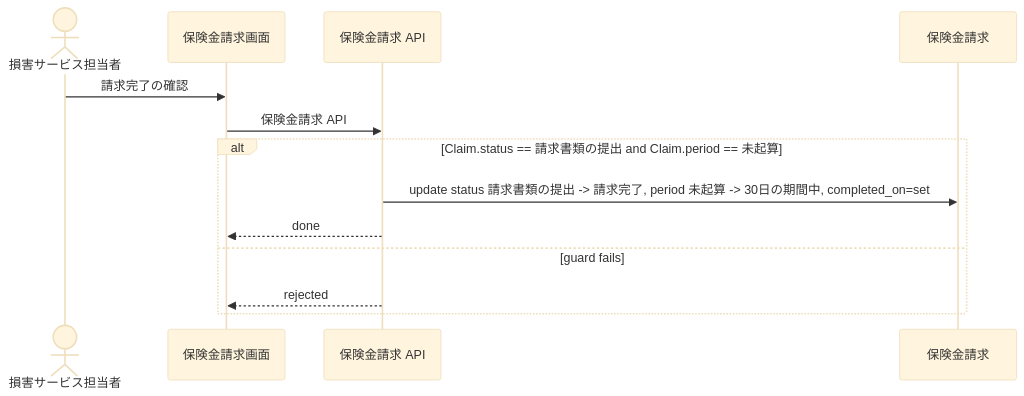
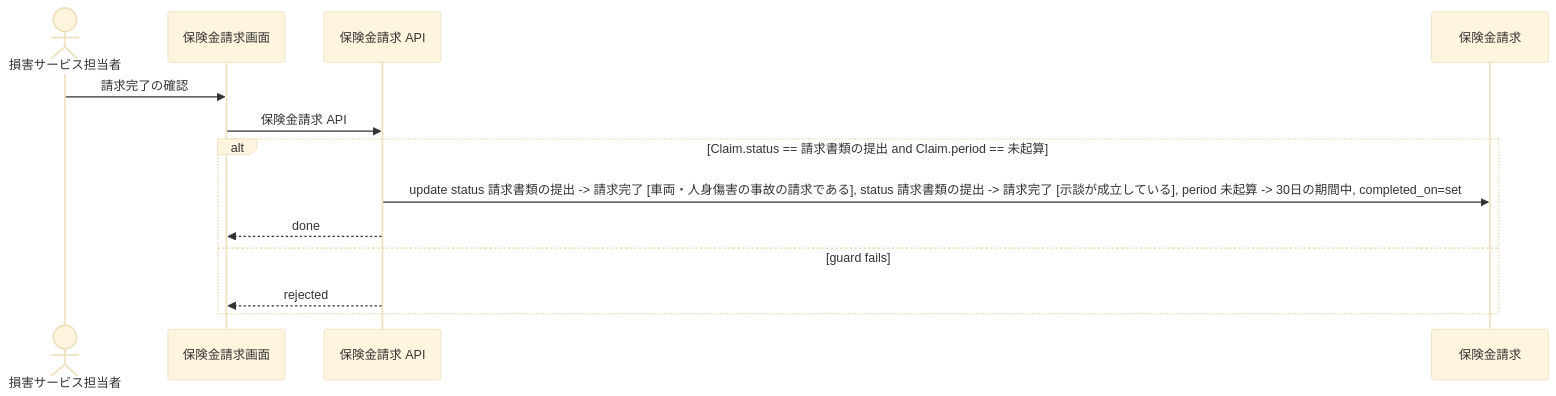
One commit to manji-0/rdra-ish-dsl changed the diagram in samples/insurance-claim-ops/out/uc/sequence_CompleteClaim.mmd. Above: the diagram before and after it, drawn with Mermaid (base theme). The commit also changed 15 other files, not shown here.

```diff
--- a/samples/insurance-claim-ops/out/uc/sequence_CompleteClaim.mmd
+++ b/samples/insurance-claim-ops/out/uc/sequence_CompleteClaim.mmd
@@ -1,16 +1,16 @@
 %% rdra-ish diagram=sequence scope=usecase:CompleteClaim model=samples/insurance-claim-ops
 %% kinds: actor screen api entity
-%% omitted: buc step medium permission
+%% omitted: buc step medium permission condition
 sequenceDiagram
   actor actor__ClaimHandler as 損害サービス担当者
   participant screen__ClaimScreen as 保険金請求画面
   participant api__ClaimApi as 保険金請求 API
   participant entity__Claim as 保険金請求
   actor__ClaimHandler ->> screen__ClaimScreen: 請求完了の確認
   screen__ClaimScreen ->> api__ClaimApi: 保険金請求 API
   alt Claim.status == 請求書類の提出 and Claim.period == 未起算
-    api__ClaimApi ->> entity__Claim: update status 請求書類の提出 -> 請求完了, period 未起算 -> 30日の期間中, completed_on=set
+    api__ClaimApi ->> entity__Claim: update status 請求書類の提出 -> 請求完了 [車両・人身傷害の事故の請求である], status 請求書類の提出 -> 請求完了 [示談が成立している], period 未起算 -> 30日の期間中, completed_on=set
     api__ClaimApi -->> screen__ClaimScreen: done
   else guard fails
     api__ClaimApi -->> screen__ClaimScreen: rejected
   end
```
